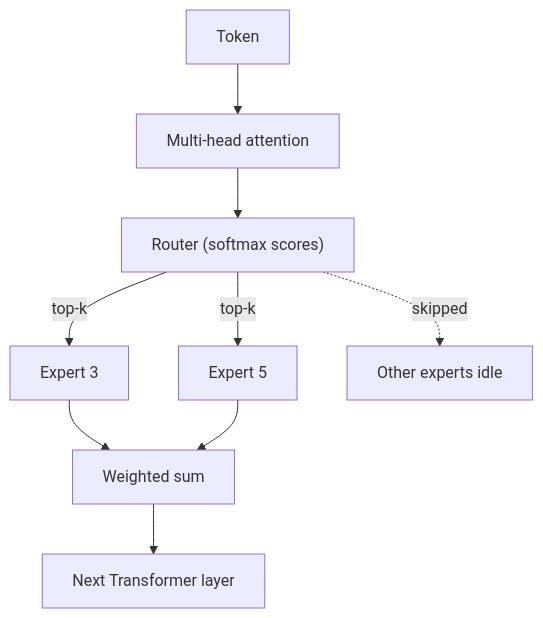
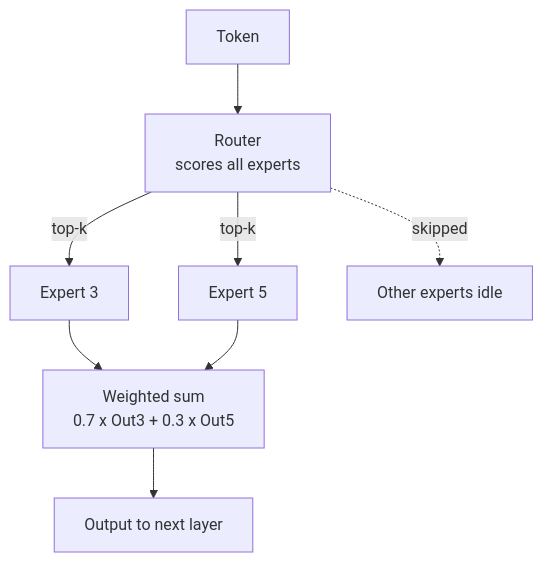
One commit to kaisarnajar/outcome-school-blogs changed the first of 2 diagrams in notes/step-05-modern-llm-architecture/071-mixture-of-experts.md. Above: the diagram before and after it, drawn with Mermaid. The commit also changed other lines of this file and 233 other files, not shown here.

````diff
--- a/notes/step-05-modern-llm-architecture/071-mixture-of-experts.md
+++ b/notes/step-05-modern-llm-architecture/071-mixture-of-experts.md
@@ -38,11 +57,10 @@
 ```mermaid
 flowchart TD
-    T["Token"] --> A["Multi-head attention"]
-    A --> R["Router (softmax scores)"]
-    R -->|"top-k"| E3["Expert 3"]
-    R -->|"top-k"| E5["Expert 5"]
-    R -.->|"skipped"| EO["Other experts idle"]
-    E3 --> W["Weighted sum"]
-    E5 --> W
-    W --> N["Next Transformer layer"]
+    T1["Token"] --> R1["Router<br/>scores all experts"]
+    R1 -->|"top-k"| E3["Expert 3"]
+    R1 -->|"top-k"| E5["Expert 5"]
+    R1 -.->|"skipped"| EO["Other experts idle"]
+    E3 --> WS["Weighted sum<br/>0.7 x Out3 + 0.3 x Out5"]
+    E5 --> WS
+    WS --> OUT["Output to next layer"]
 ```
````
